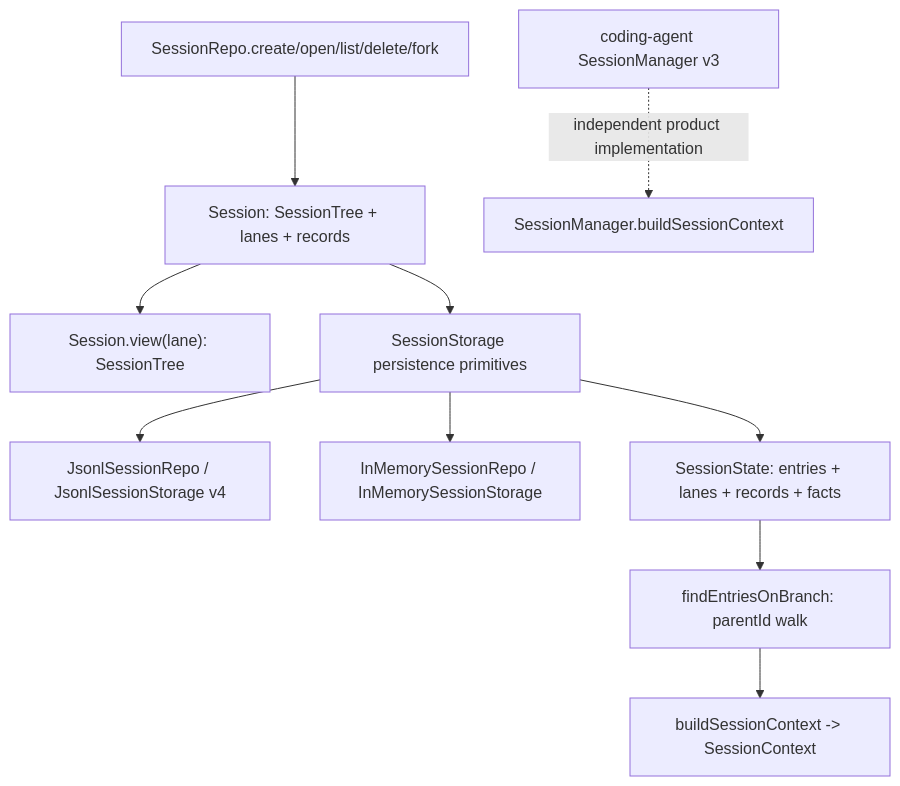
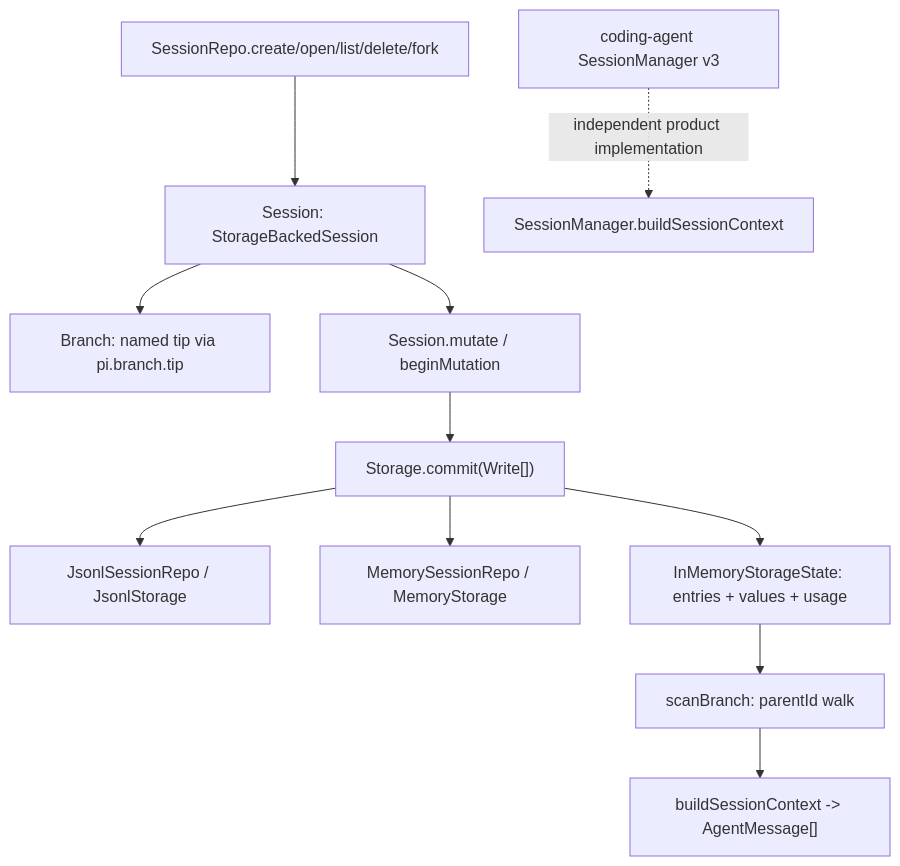
The diagram in docs/llm-wiki/pi/spine/session-state-model.md (wdnmdtonyma/SOTA-Agent-LLM-Wiki), drawn with Mermaid before and after one commit. The commit also changed other lines of this file and 213 other files, not shown here.

````diff
--- a/docs/llm-wiki/pi/spine/session-state-model.md
+++ b/docs/llm-wiki/pi/spine/session-state-model.md
@@ -57,12 +59,13 @@
 ```mermaid
 flowchart TD
-    Repo["SessionRepo.create/open/list/delete/fork"] --> Sess["Session: SessionTree + lanes + records"]
-    Sess --> View["Session.view(lane): SessionTree"]
-    Sess --> Store["SessionStorage persistence primitives"]
-    Store --> Jsonl["JsonlSessionRepo / JsonlSessionStorage v4"]
-    Store --> Mem["InMemorySessionRepo / InMemorySessionStorage"]
-    Store --> State["SessionState: entries + lanes + records + facts"]
-    State --> Branch["findEntriesOnBranch: parentId walk"]
-    Branch --> Ctx["buildSessionContext -> SessionContext"]
+    Repo["SessionRepo.create/open/list/delete/fork"] --> Sess["Session: StorageBackedSession"]
+    Sess --> Branch["Branch: named tip via pi.branch.tip"]
+    Sess --> Mut["Session.mutate / beginMutation"]
+    Mut --> Store["Storage.commit(Write[])"]
+    Store --> Jsonl["JsonlSessionRepo / JsonlStorage"]
+    Store --> Mem["MemorySessionRepo / MemoryStorage"]
+    Store --> State["InMemoryStorageState: entries + values + usage"]
+    State --> Walk["scanBranch: parentId walk"]
+    Walk --> Ctx["buildSessionContext -> AgentMessage[]"]
     CA["coding-agent SessionManager v3"] -. "independent product implementation" .-> ProductCtx["SessionManager.buildSessionContext"]
 ```
````
